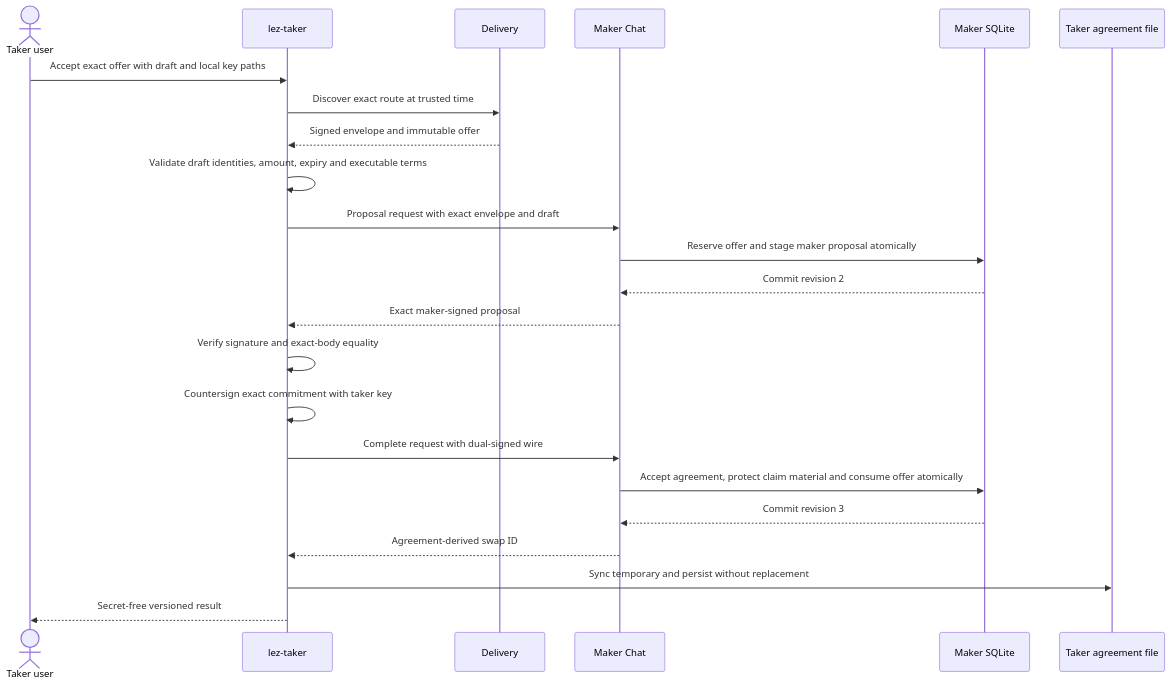
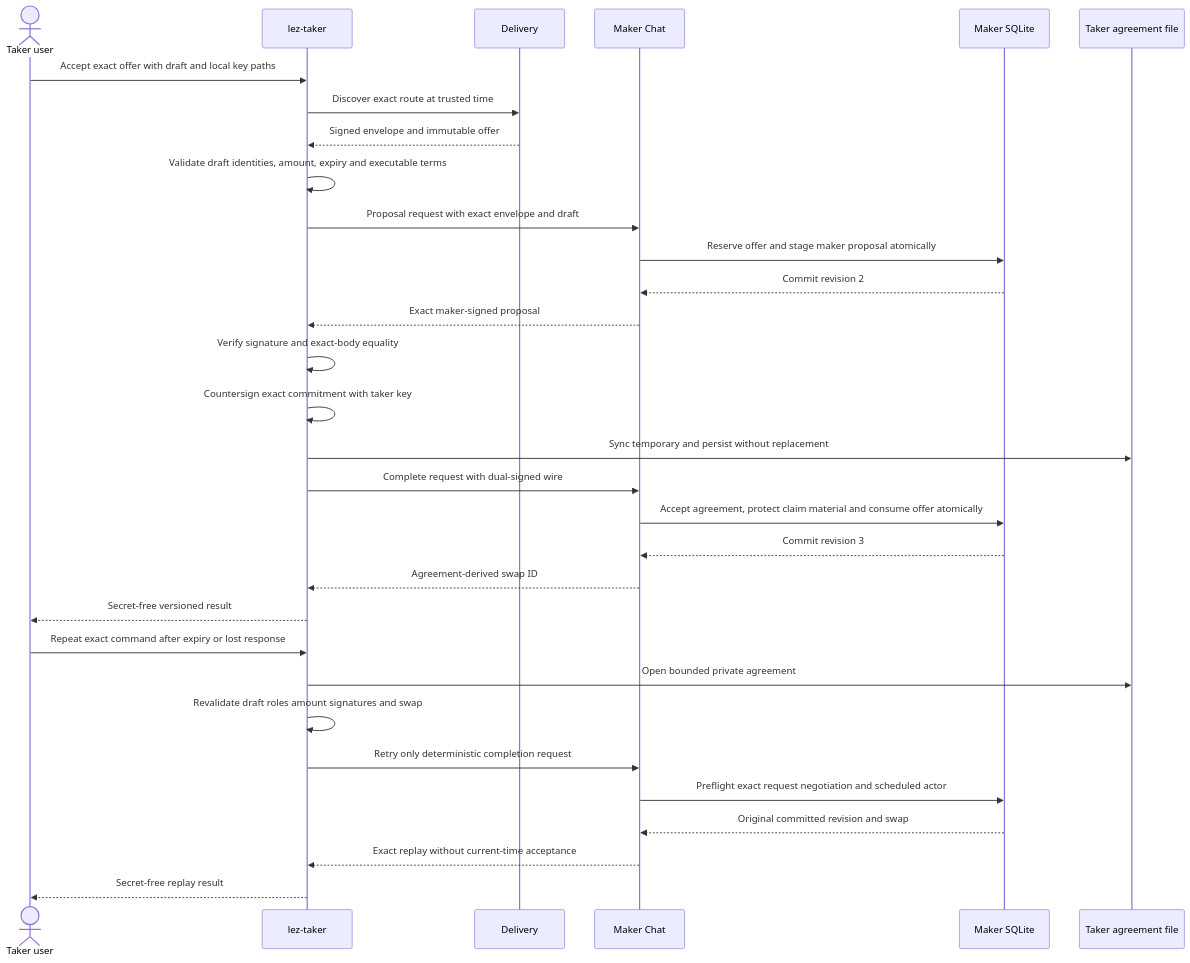
Before and after one commit to gateway-fm/lez-atomic-swaps: the second of 2 diagrams in docs/architecture/0092-let-the-taker-own-validation-and-countersigning.md, drawn with Mermaid. The commit also changed other lines of this file and 16 other files, not shown here.

Commit message:
feat(m5): replay committed ZEC acceptance after expiry

````diff
--- a/docs/architecture/0092-let-the-taker-own-validation-and-countersigning.md
+++ b/docs/architecture/0092-let-the-taker-own-validation-and-countersigning.md
@@ -66,26 +75,35 @@
 ```mermaid
 sequenceDiagram
     actor U as Taker user
     participant T as lez-taker
     participant D as Delivery
     participant C as Maker Chat
     participant S as Maker SQLite
     participant F as Taker agreement file
 
     U->>T: Accept exact offer with draft and local key paths
     T->>D: Discover exact route at trusted time
     D-->>T: Signed envelope and immutable offer
     T->>T: Validate draft identities, amount, expiry and executable terms
     T->>C: Proposal request with exact envelope and draft
     C->>S: Reserve offer and stage maker proposal atomically
     S-->>C: Commit revision 2
     C-->>T: Exact maker-signed proposal
     T->>T: Verify signature and exact-body equality
     T->>T: Countersign exact commitment with taker key
+    T->>F: Sync temporary and persist without replacement
     T->>C: Complete request with dual-signed wire
     C->>S: Accept agreement, protect claim material and consume offer atomically
     S-->>C: Commit revision 3
     C-->>T: Agreement-derived swap ID
-    T->>F: Sync temporary and persist without replacement
     T-->>U: Secret-free versioned result
+
+    U->>T: Repeat exact command after expiry or lost response
+    T->>F: Open bounded private agreement
+    T->>T: Revalidate draft roles amount signatures and swap
+    T->>C: Retry only deterministic completion request
+    C->>S: Preflight exact request negotiation and scheduled actor
+    S-->>C: Original committed revision and swap
+    C-->>T: Exact replay without current-time acceptance
+    T-->>U: Secret-free replay result
 ```
````
